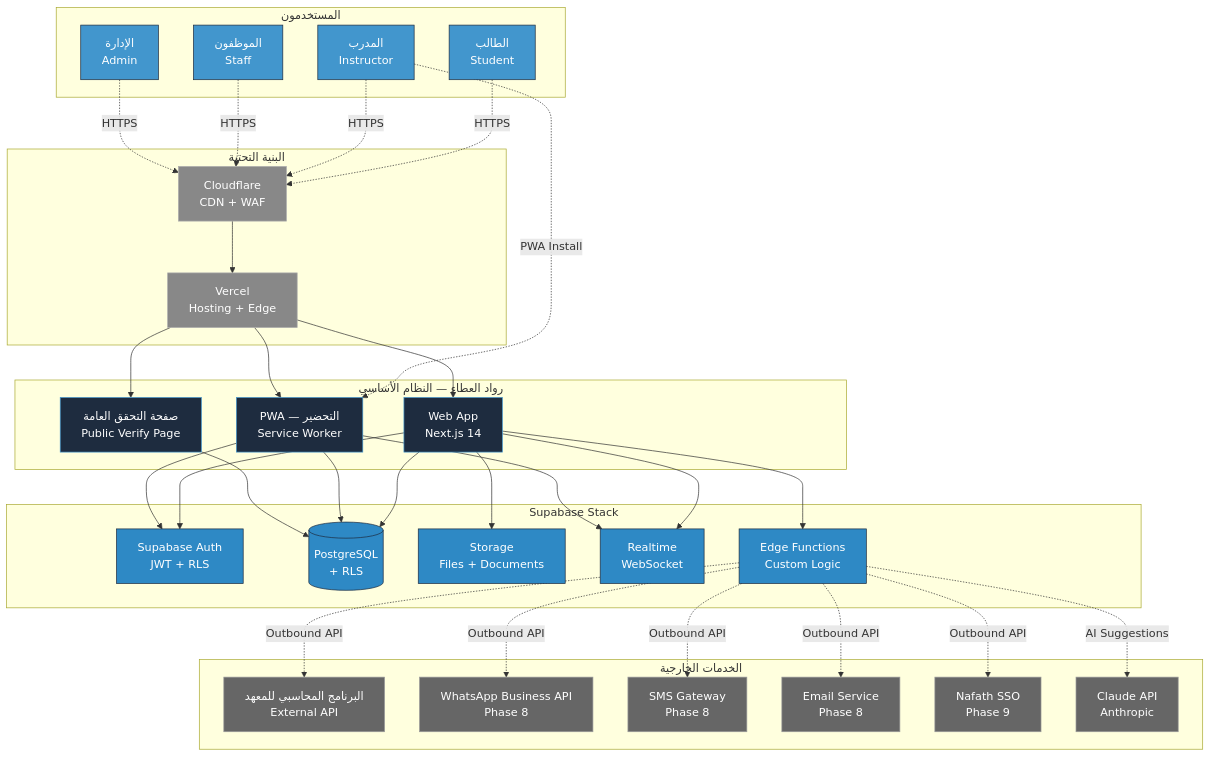
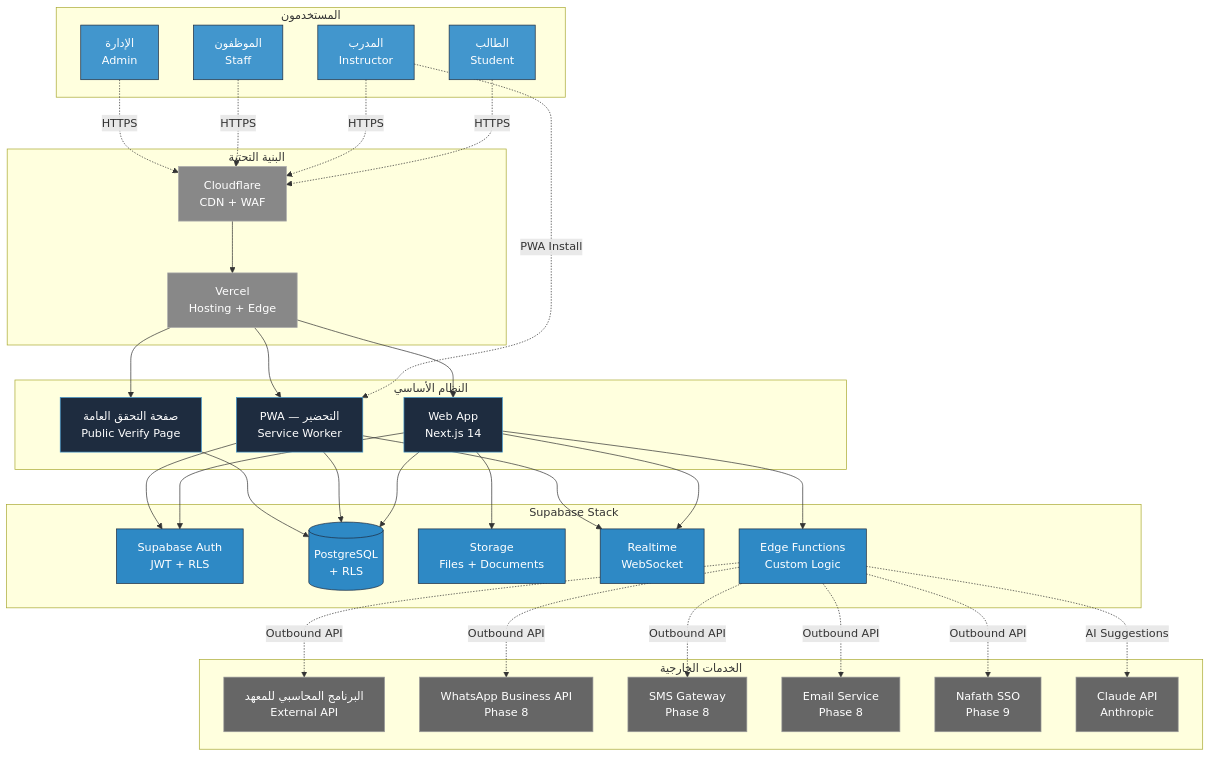
Before and after one commit to alharbib902-del/technical-handover: the third of 8 diagrams in مسودات-الوكلاء/الجزء-01-السياق-والمعمارية.md, drawn with Mermaid. The commit also changed other lines of this file and 4 other files, not shown here.

````diff
--- a/مسودات-الوكلاء/الجزء-01-السياق-والمعمارية.md
+++ b/مسودات-الوكلاء/الجزء-01-السياق-والمعمارية.md
@@ -830,79 +830,79 @@
 ```mermaid
 graph TB
     subgraph Users["المستخدمون"]
         STU[الطالب<br/>Student]
         INS[المدرب<br/>Instructor]
         EMP[الموظفون<br/>Staff]
         ADM[الإدارة<br/>Admin]
     end
 
-    subgraph CoreSystem["رواد العطاء — النظام الأساسي"]
+    subgraph CoreSystem["النظام الأساسي"]
         WEB[Web App<br/>Next.js 14]
         PWA[PWA — التحضير<br/>Service Worker]
         VERIFY[صفحة التحقق العامة<br/>Public Verify Page]
     end
 
     subgraph SupabaseStack["Supabase Stack"]
         AUTH[Supabase Auth<br/>JWT + RLS]
         DB[(PostgreSQL<br/>+ RLS)]
         STORAGE[Storage<br/>Files + Documents]
         REALTIME[Realtime<br/>WebSocket]
         EDGE[Edge Functions<br/>Custom Logic]
     end
 
     subgraph External["الخدمات الخارجية"]
         ACC[البرنامج المحاسبي للمعهد<br/>External API]
         WA[WhatsApp Business API<br/>Phase 8]
         SMS[SMS Gateway<br/>Phase 8]
         EMAIL[Email Service<br/>Phase 8]
         NAFATH[Nafath SSO<br/>Phase 9]
         CLAUDE[Claude API<br/>Anthropic]
     end
 
     subgraph Infra["البنية التحتية"]
         VERCEL[Vercel<br/>Hosting + Edge]
         CF[Cloudflare<br/>CDN + WAF]
     end
 
     STU -.HTTPS.-> CF
     INS -.HTTPS.-> CF
     EMP -.HTTPS.-> CF
     ADM -.HTTPS.-> CF
     INS -.PWA Install.-> PWA
 
     CF --> VERCEL
     VERCEL --> WEB
     VERCEL --> PWA
     VERCEL --> VERIFY
 
     WEB --> AUTH
     WEB --> DB
     WEB --> STORAGE
     WEB --> REALTIME
     WEB --> EDGE
 
     PWA --> AUTH
     PWA --> DB
     PWA --> REALTIME
 
     VERIFY --> DB
 
     EDGE -.Outbound API.-> ACC
     EDGE -.Outbound API.-> WA
     EDGE -.Outbound API.-> SMS
     EDGE -.Outbound API.-> EMAIL
     EDGE -.Outbound API.-> NAFATH
     EDGE -.AI Suggestions.-> CLAUDE
 
     classDef users fill:#4296CD,color:#fff,stroke:#1E2C3F
     classDef core fill:#1E2C3F,color:#fff,stroke:#4296CD
     classDef supa fill:#2E89C5,color:#fff,stroke:#1E2C3F
     classDef ext fill:#666,color:#fff,stroke:#999
     classDef infra fill:#888,color:#fff,stroke:#aaa
 
     class STU,INS,EMP,ADM users
     class WEB,PWA,VERIFY core
     class AUTH,DB,STORAGE,REALTIME,EDGE supa
     class ACC,WA,SMS,EMAIL,NAFATH,CLAUDE ext
     class VERCEL,CF infra
 ```
````
